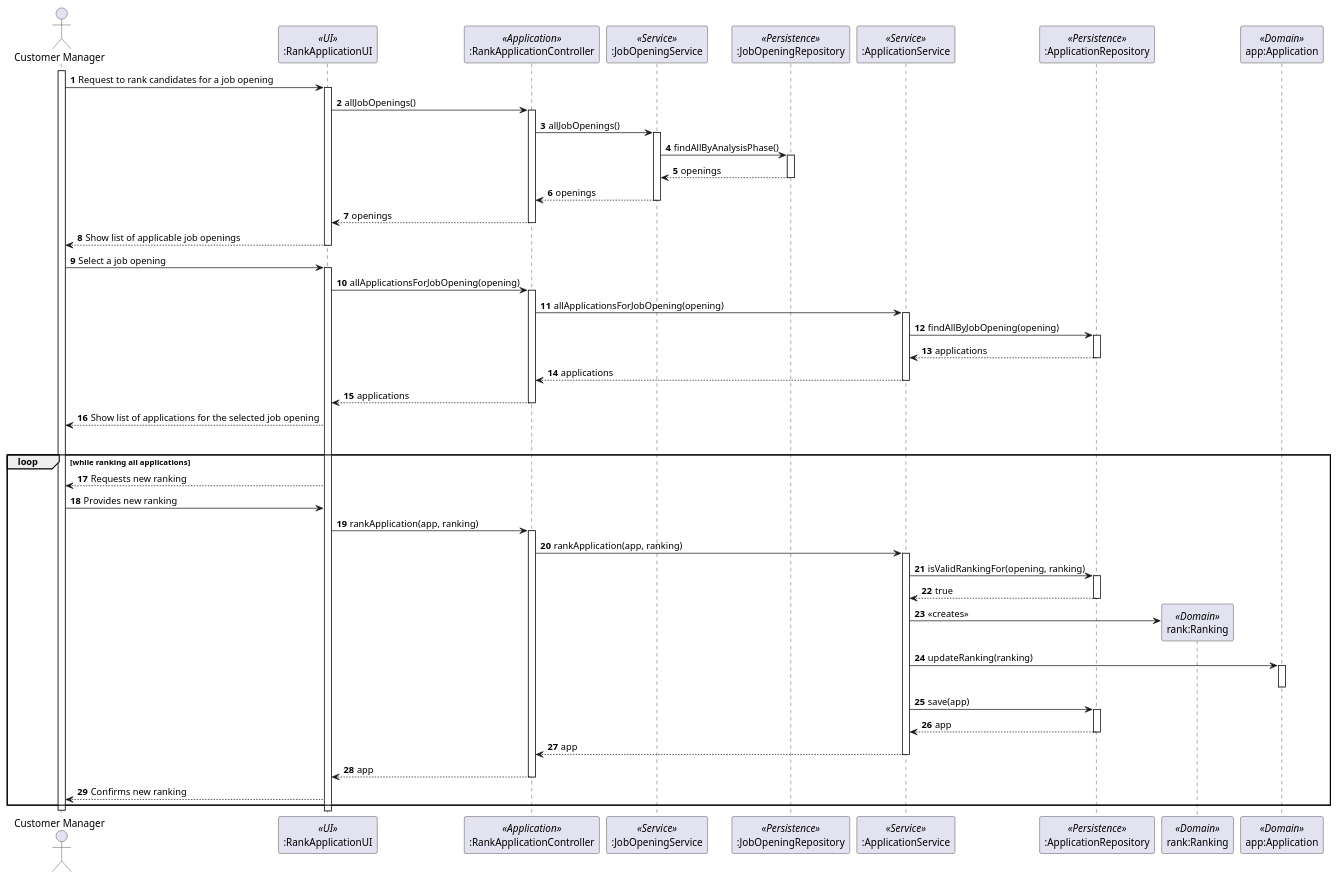
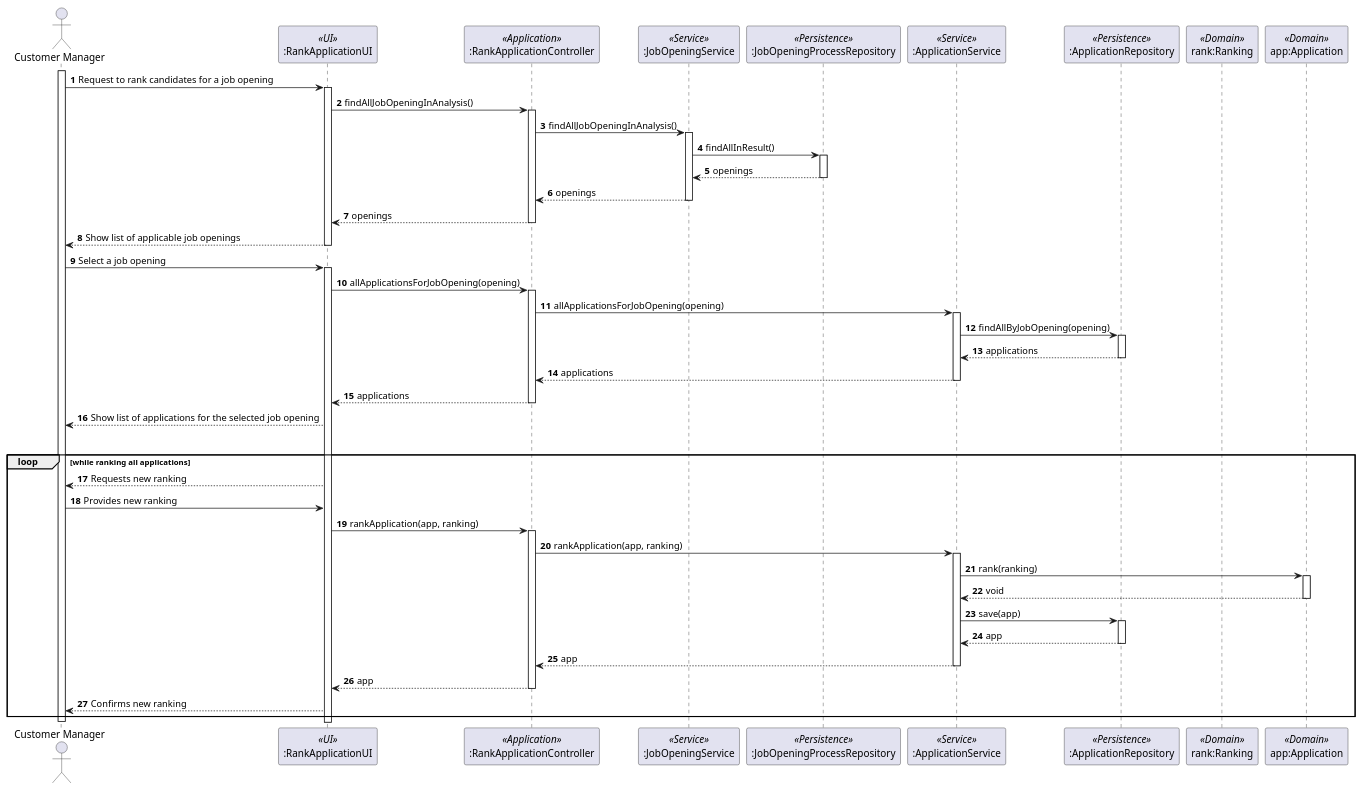
The diagram in docs/sprintC/1013/puml/1013-sequence-diagram.puml (marcoferreira37/Lapr4), drawn with PlantUML before and after one commit. The commit also changed 13 other files, not shown here.

```diff
--- a/docs/sprintC/1013/puml/1013-sequence-diagram.puml
+++ b/docs/sprintC/1013/puml/1013-sequence-diagram.puml
@@ -1,98 +1,101 @@
 @startuml
 
 actor "Customer Manager" as Agent
 participant ":RankApplicationUI" as ui <<UI>>
 participant ":RankApplicationController" as ctrl <<Application>>
 participant ":JobOpeningService" as jobServ <<Service>>
-participant ":JobOpeningRepository" as jobRepo <<Persistence>>
+participant ":JobOpeningProcessRepository" as jobRepo <<Persistence>>
 participant ":ApplicationService" as appServ <<Service>>
 participant ":ApplicationRepository" as appRepo <<Persistence>>
 participant "rank:Ranking" as rank <<Domain>>
 participant "app:Application" as app <<Domain>>
 
 autonumber
 
 activate Agent
 
 Agent -> ui: Request to rank candidates for a job opening
 activate ui
-ui -> ctrl: allJobOpenings()
+ui -> ctrl: findAllJobOpeningInAnalysis()
 activate ctrl
-ctrl -> jobServ: allJobOpenings()
+ctrl -> jobServ: findAllJobOpeningInAnalysis()
 activate jobServ
-jobServ -> jobRepo: findAllByAnalysisPhase()
+jobServ -> jobRepo: findAllInResult()
 activate jobRepo
 jobRepo --> jobServ: openings
 deactivate
 jobServ --> ctrl: openings
 deactivate
 ctrl --> ui: openings
 deactivate
 ui --> Agent: Show list of applicable job openings
 deactivate
 Agent -> ui : Select a job opening
 activate ui
 
 
 
 ui -> ctrl: allApplicationsForJobOpening(opening)
 
 activate ctrl
 
 ctrl -> appServ: allApplicationsForJobOpening(opening)
 
 
 
 
 activate appServ
 appServ -> appRepo: findAllByJobOpening(opening)
 activate appRepo
 appRepo --> appServ: applications
 deactivate
 
 appServ --> ctrl: applications
 deactivate
 
 ctrl --> ui: applications
 deactivate
 
 ui --> Agent : Show list of applications for the selected job opening
 alt User wants to re-rank an application
 loop while ranking all applications
 
 ui --> Agent : Requests new ranking
 
 Agent -> ui : Provides new ranking
 ui -> ctrl : rankApplication(app, ranking)
 
 activate ctrl
 ctrl -> appServ : rankApplication(app, ranking)
 
 activate appServ
-appServ -> appRepo : isValidRankingFor(opening, ranking)
-activate appRepo
-appRepo --> appServ : true
-deactivate
-appServ -> rank** : «creates»
-appServ -> app : updateRanking(ranking)
+
+appServ -> app : rank(ranking)
+
+
 activate app
-deactivate
+
+app --> appServ : void
+
+deactivate app
+
+
 
 appServ -> appRepo : save(app)
 activate appRepo
 appRepo --> appServ : app
 deactivate
 appServ --> ctrl : app
 deactivate
 ctrl --> ui : app
 deactivate
 ui --> Agent  : Confirms new ranking
 
 
 end loop
 
 deactivate Agent
 
 
 
 @enduml
```
